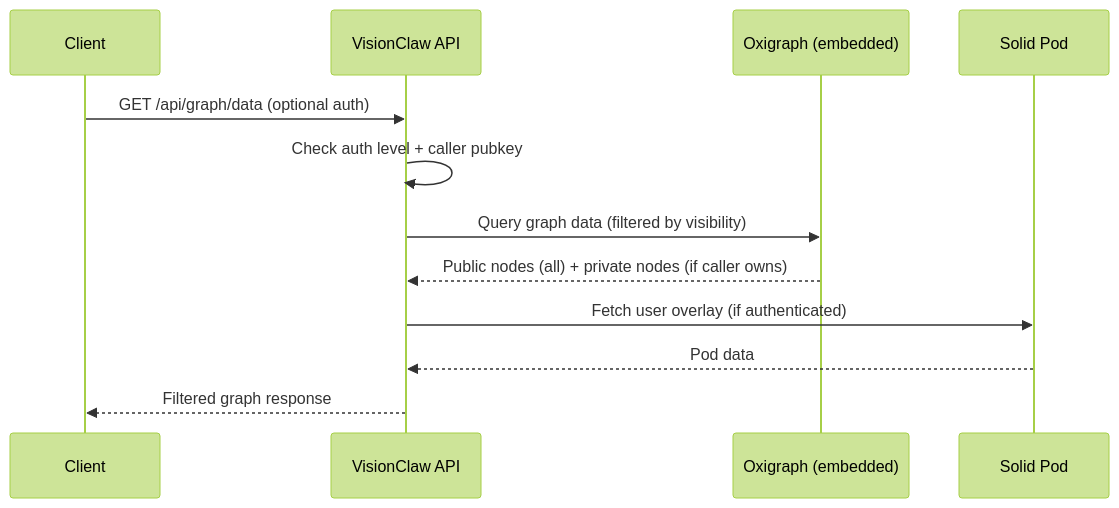
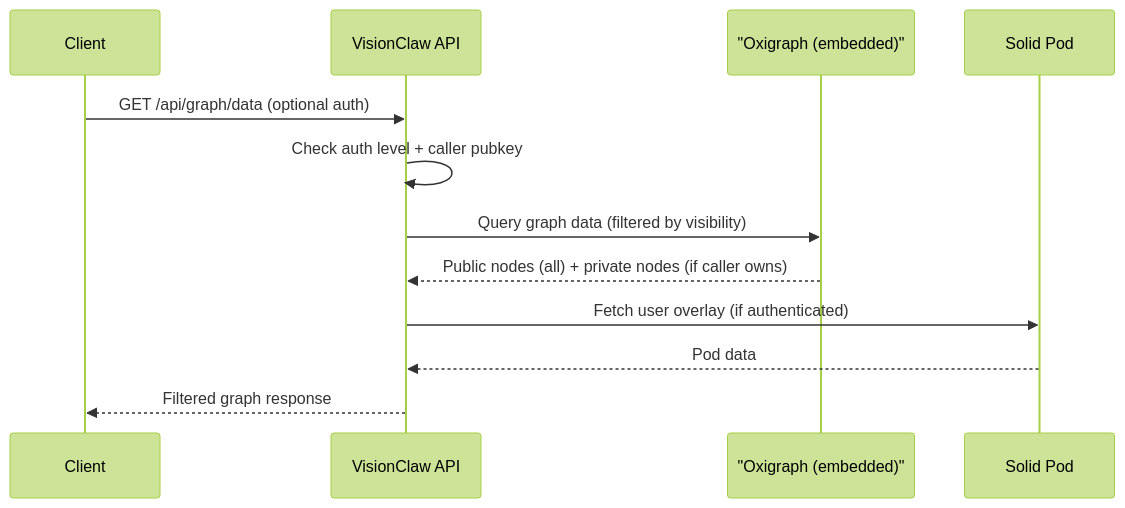
Before and after one commit to DreamLab-AI/AR-AI-Knowledge-Graph: the second of 2 diagrams in docs/reference/rest-api.md, drawn with Mermaid (forest theme). The commit also changed other lines of this file and 455 other files, not shown here.

````diff
--- a/docs/reference/rest-api.md
+++ b/docs/reference/rest-api.md
@@ -219,15 +219,15 @@
 ```mermaid
 sequenceDiagram
     participant Client
     participant API as VisionClaw API
-    participant Oxigraph as Oxigraph (embedded)
+    participant Oxigraph as "Oxigraph (embedded)"
     participant Solid as Solid Pod
 
     Client->>API: GET /api/graph/data (optional auth)
     API->>API: Check auth level + caller pubkey
     API->>Oxigraph: Query graph data (filtered by visibility)
     Oxigraph-->>API: Public nodes (all) + private nodes (if caller owns)
     API->>Solid: Fetch user overlay (if authenticated)
     Solid-->>API: Pod data
     API-->>Client: Filtered graph response
 ```
````
